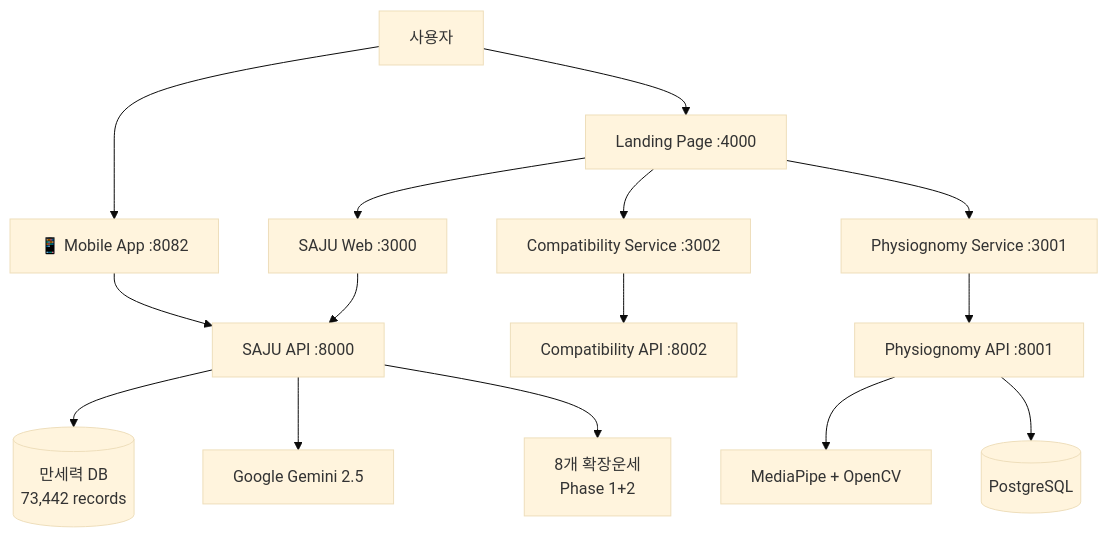
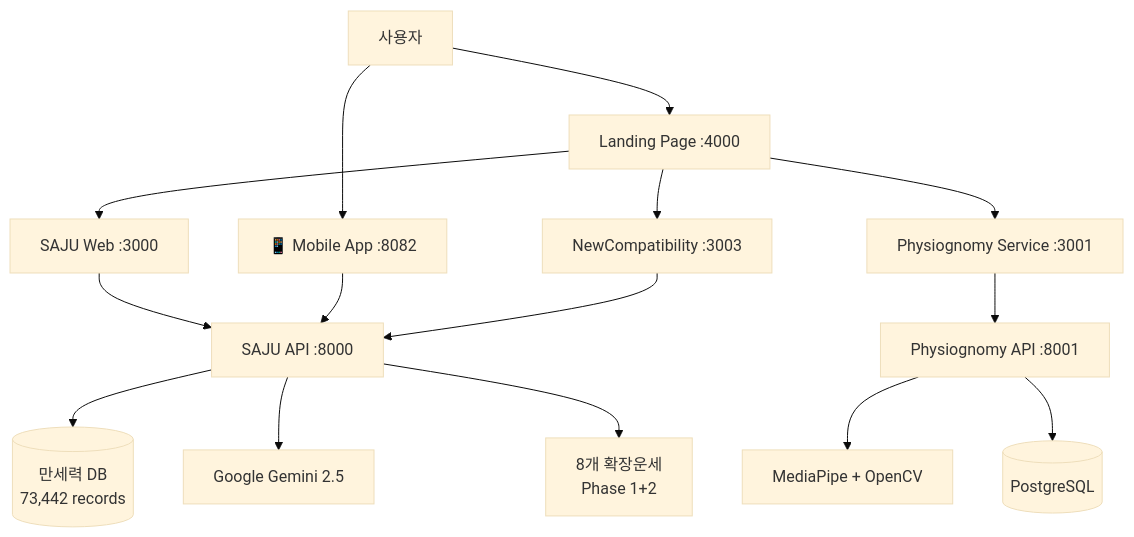
Before and after one commit to YounglaeKim2/MSproject2: the diagram in README.md, drawn with Mermaid (base theme). The commit also changed other lines of this file and 29 other files, not shown here.

First line of the commit message:
Remove legacy Compatibility service

````diff
--- a/README.md
+++ b/README.md
@@ -37,19 +46,19 @@
 ```mermaid
 graph TB
     A[사용자] --> B[Landing Page :4000]
     A --> M[📱 Mobile App :8082]
     B --> C[SAJU Web :3000]
-    B --> D[Compatibility Service :3002]
+    B --> D2[NewCompatibility :3003]
     B --> E[Physiognomy Service :3001]
 
     C --> F[SAJU API :8000]
     M --> F
-    D --> G[Compatibility API :8002]
+    D2 --> F
     E --> H[Physiognomy API :8001]
 
     F --> I[(만세력 DB<br/>73,442 records)]
     F --> J[Google Gemini 2.5]
     F --> N[8개 확장운세<br/>Phase 1+2]
     H --> K[MediaPipe + OpenCV]
     H --> L[(PostgreSQL)]
 ```
````
